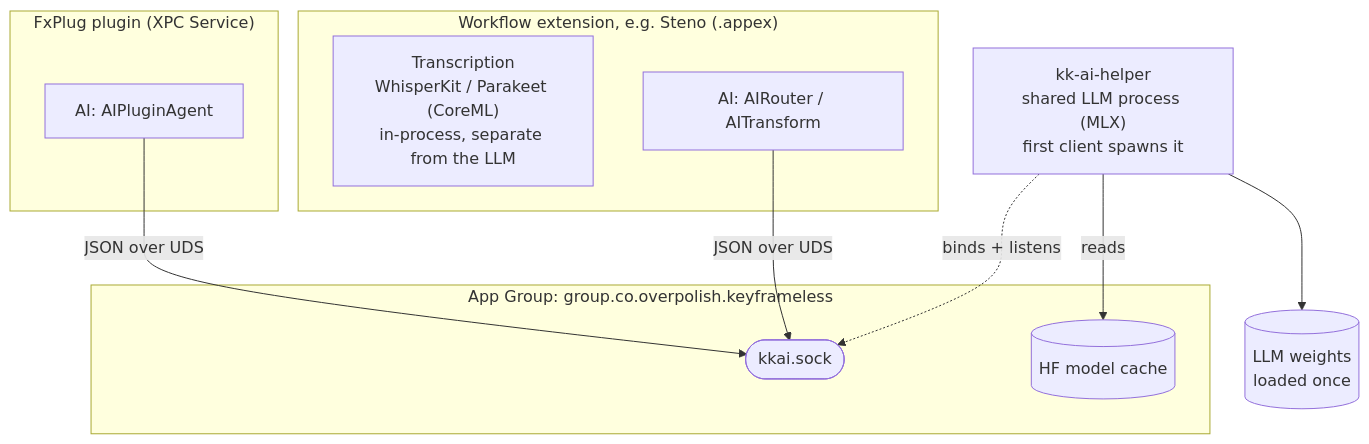
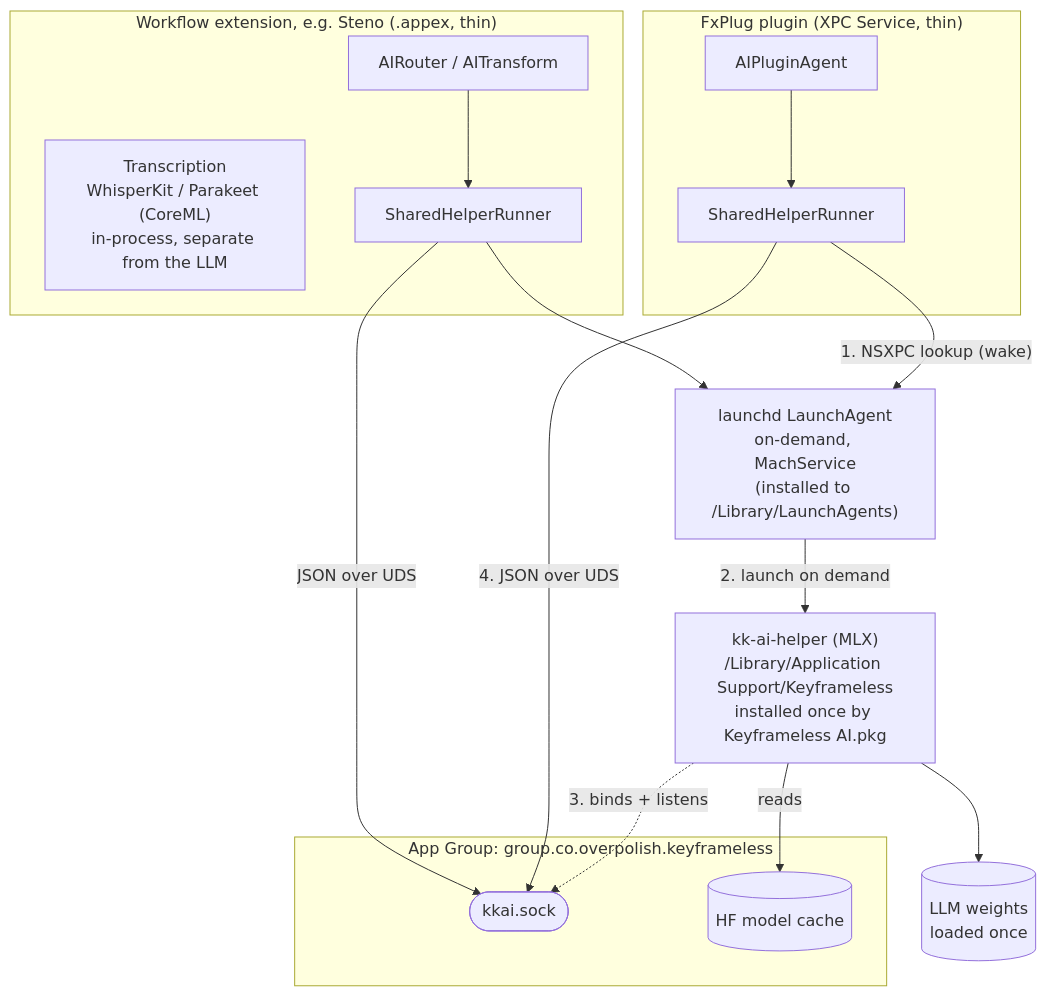
Before and after one commit to overpolish/keyframeless: the diagram in KeyframelessAI/README.md, drawn with Mermaid. The commit also changed other lines of this file and 45 other files, not shown here.

````diff
--- a/KeyframelessAI/README.md
+++ b/KeyframelessAI/README.md
@@ -11,25 +21,28 @@
 ```mermaid
 flowchart TB
-    subgraph plugin ["FxPlug plugin (XPC Service)"]
-        PA["AI: AIPluginAgent"]
+    subgraph plugin ["FxPlug plugin (XPC Service, thin)"]
+        PA["AIPluginAgent"] --> SHR["SharedHelperRunner"]
+    end
+    subgraph ext ["Workflow extension, e.g. Steno (.appex, thin)"]
+        TR["Transcription<br/>WhisperKit / Parakeet (CoreML)<br/>in-process, separate from the LLM"]
+        AX["AIRouter / AITransform"] --> SHR2["SharedHelperRunner"]
     end
 
-    subgraph ext ["Workflow extension, e.g. Steno (.appex)"]
-        TR["Transcription<br/>WhisperKit / Parakeet (CoreML)<br/>in-process, separate from the LLM"]
-        AX["AI: AIRouter / AITransform"]
-    end
+    LA["launchd LaunchAgent<br/>on-demand, MachService<br/>(installed to /Library/LaunchAgents)"]
+    HELPER["kk-ai-helper (MLX)<br/>/Library/Application Support/Keyframeless<br/>installed once by Keyframeless AI.pkg"]
 
     subgraph group ["App Group: group.co.overpolish.keyframeless"]
         SOCK(["kkai.sock"])
         CACHE[("HF model cache")]
     end
-
-    HELPER["kk-ai-helper<br/>shared LLM process (MLX)<br/>first client spawns it"]
     MODEL[("LLM weights<br/>loaded once")]
 
-    PA -->|JSON over UDS| SOCK
-    AX -->|JSON over UDS| SOCK
-    HELPER -.->|binds + listens| SOCK
+    SHR -->|"1. NSXPC lookup (wake)"| LA
+    SHR2 --> LA
+    LA -->|"2. launch on demand"| HELPER
+    HELPER -.->|"3. binds + listens"| SOCK
+    SHR -->|"4. JSON over UDS"| SOCK
+    SHR2 -->|JSON over UDS| SOCK
     HELPER --> MODEL
     HELPER -->|reads| CACHE
 ```
````
